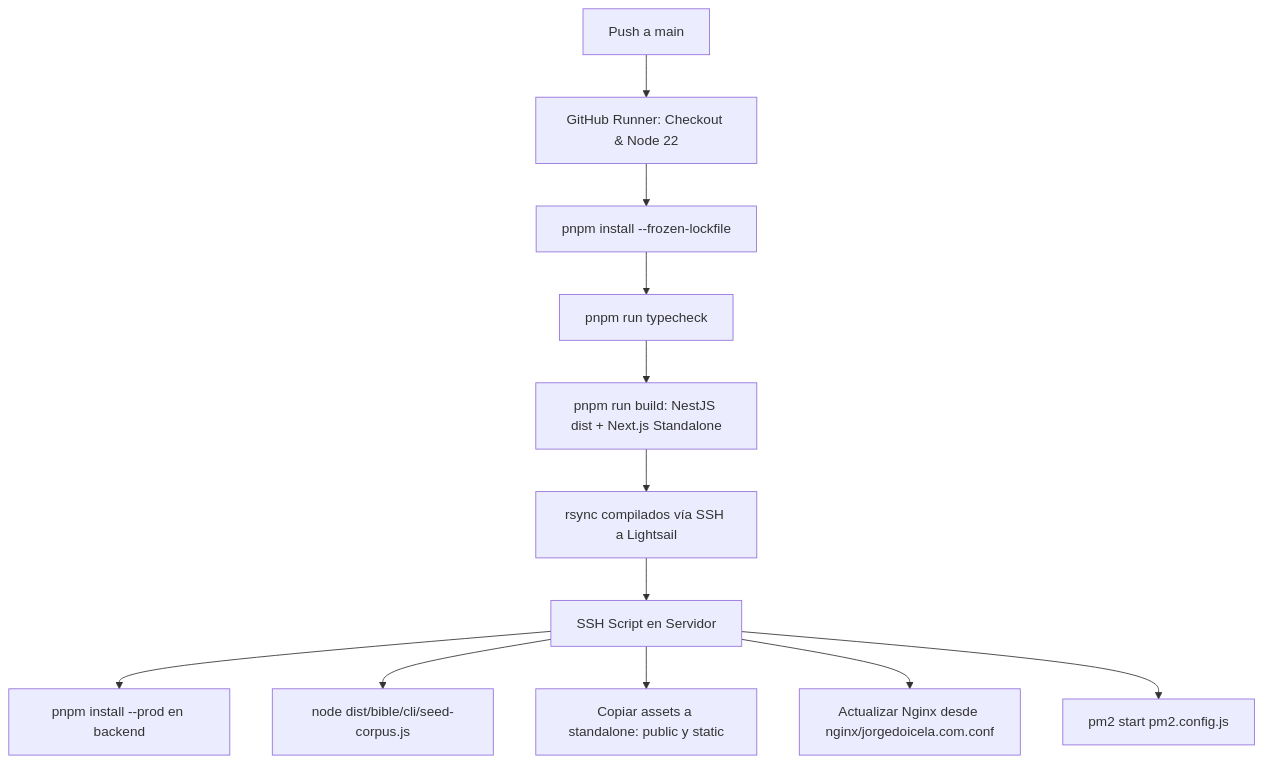
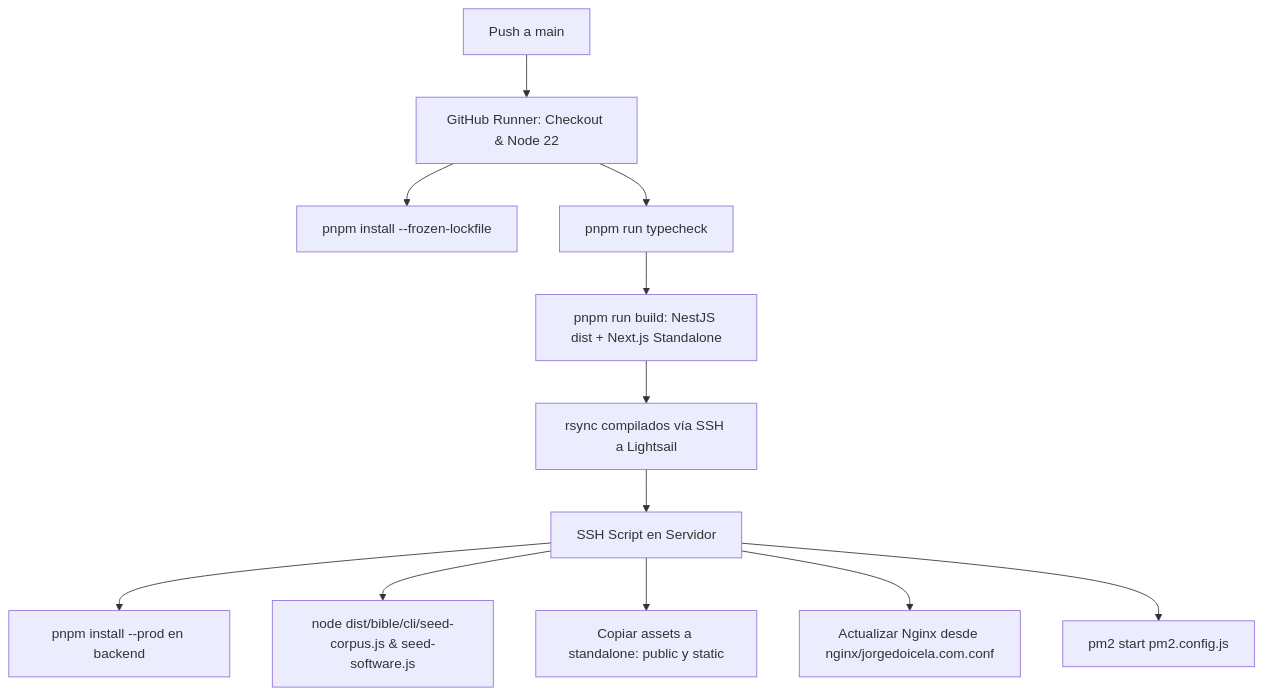
One commit to JorgeDoicela/jorge_doicela changed the diagram in docs/01-infraestructura-global/02-despliegue-y-servidor/01_despliegue_pm2_y_cicd.md. Above: the diagram before and after it, drawn with Mermaid. The commit also changed other lines of this file and 127 other files, not shown here.

````diff
--- a/docs/01-infraestructura-global/02-despliegue-y-servidor/01_despliegue_pm2_y_cicd.md
+++ b/docs/01-infraestructura-global/02-despliegue-y-servidor/01_despliegue_pm2_y_cicd.md
@@ -166,14 +166,14 @@
 ```mermaid
 graph TD
     A[Push a main] --> B[GitHub Runner: Checkout & Node 22]
     B --> C[pnpm install --frozen-lockfile]
-    C --> D[pnpm run typecheck]
+    B --> D[pnpm run typecheck]
     D --> E[pnpm run build: NestJS dist + Next.js Standalone]
     E --> F[rsync compilados vía SSH a Lightsail]
     F --> G[SSH Script en Servidor]
     G --> H[pnpm install --prod en backend]
-    G --> I[node dist/bible/cli/seed-corpus.js]
+    G --> I[node dist/bible/cli/seed-corpus.js & seed-software.js]
     G --> J[Copiar assets a standalone: public y static]
     G --> K[Actualizar Nginx desde nginx/jorgedoicela.com.conf]
     G --> L[pm2 start pm2.config.js]
 ```
````
